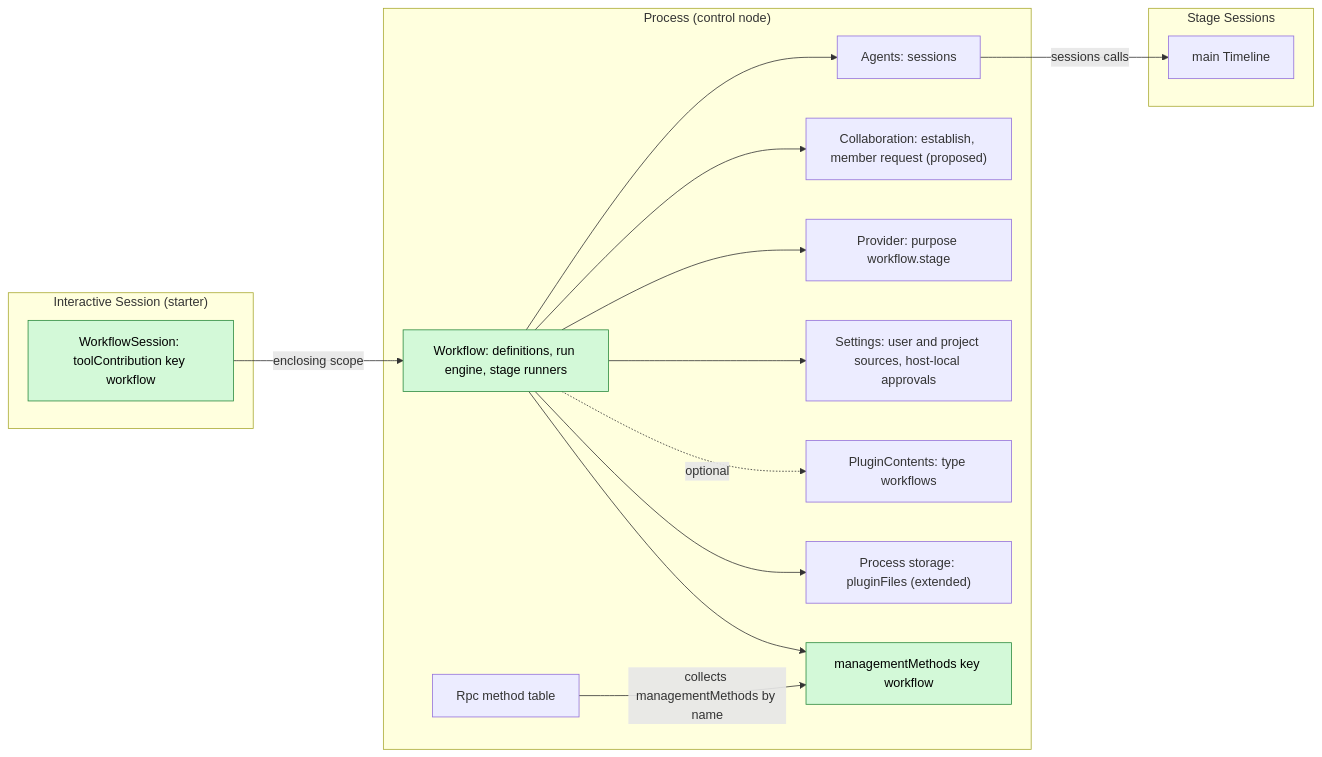
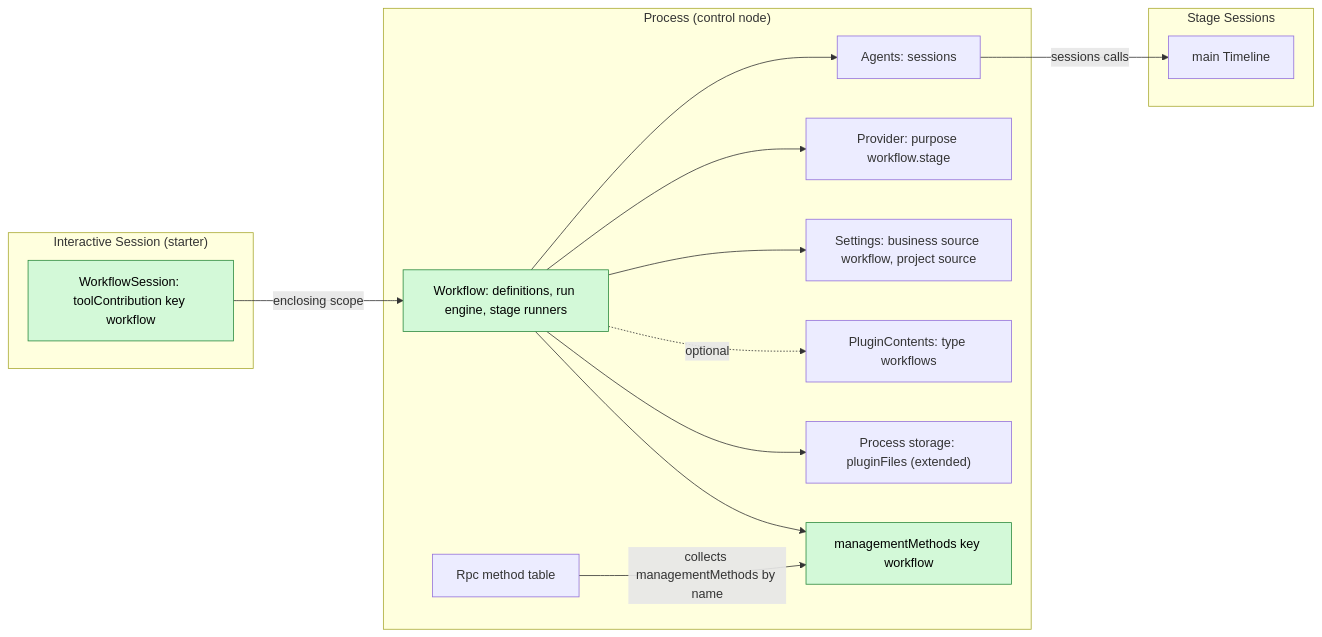
Before and after one commit to CoutinhoTTS/dim-agent: the first of 6 diagrams in docs/design/plugins/Workflow.md, drawn with Mermaid. The commit also changed other lines of this file and 40 other files, not shown here.

First line of the commit message:
docs(design): event-driven Goal, no host-local approval, review fixes

````diff
--- a/docs/design/plugins/Workflow.md
+++ b/docs/design/plugins/Workflow.md
@@ -9,32 +9,30 @@
 ```mermaid
 flowchart LR
   subgraph PROC["Process (control node)"]
     WF["Workflow: definitions, run engine, stage runners"]
     MM["managementMethods key workflow"]
     Agents["Agents: sessions"]
-    Coll["Collaboration: establish, member request (proposed)"]
     Prov["Provider: purpose workflow.stage"]
-    Set["Settings: user and project sources, host-local approvals"]
+    Set["Settings: business source workflow, project source"]
     PC["PluginContents: type workflows"]
     Store["Process storage: pluginFiles (extended)"]
     Rpc["Rpc method table"]
   end
   subgraph SESS["Interactive Session (starter)"]
     Tool["WorkflowSession: toolContribution key workflow"]
   end
   subgraph STG["Stage Sessions"]
     TL["main Timeline"]
   end
   Tool -->|"enclosing scope"| WF
   WF --> Agents
-  WF --> Coll
   WF --> Prov
   WF --> Set
   WF -.->|"optional"| PC
   WF --> Store
   WF --> MM
   Rpc -->|"collects managementMethods by name"| MM
   Agents -->|"sessions calls"| TL
   classDef new fill:#d3f9d8,stroke:#2b8a3e,color:#000
   class WF,MM,Tool new
 ```
````
